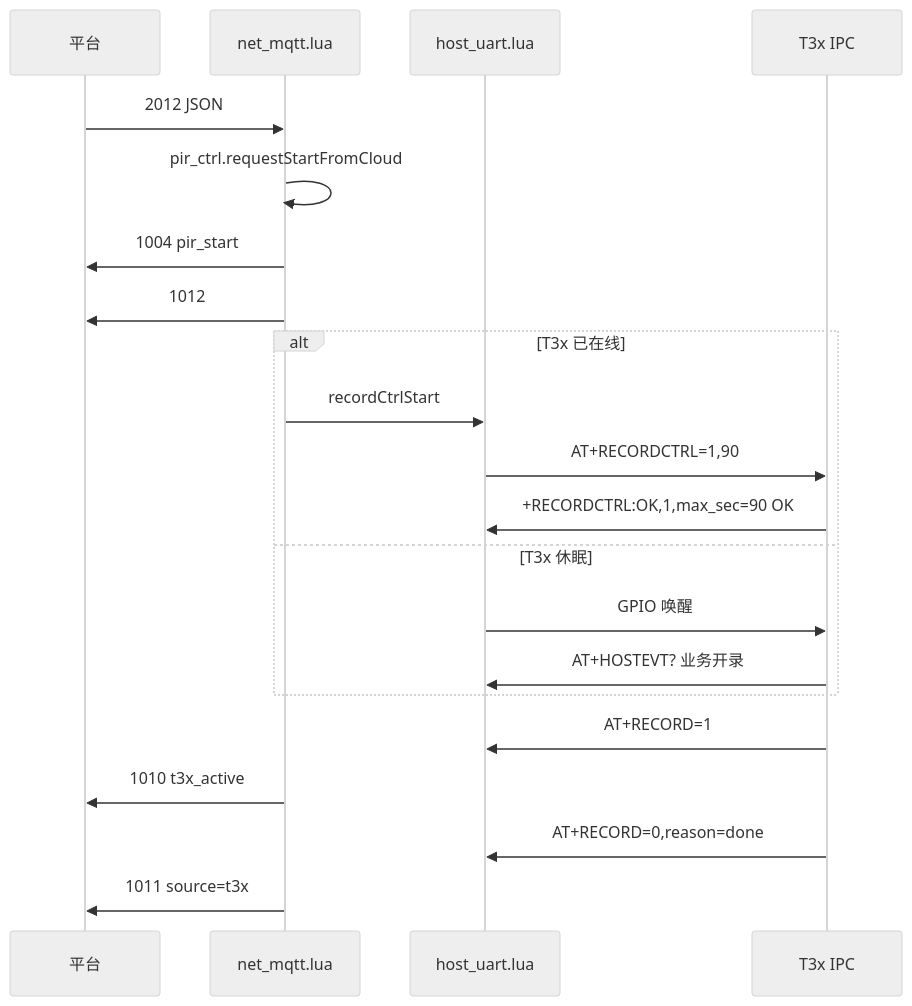
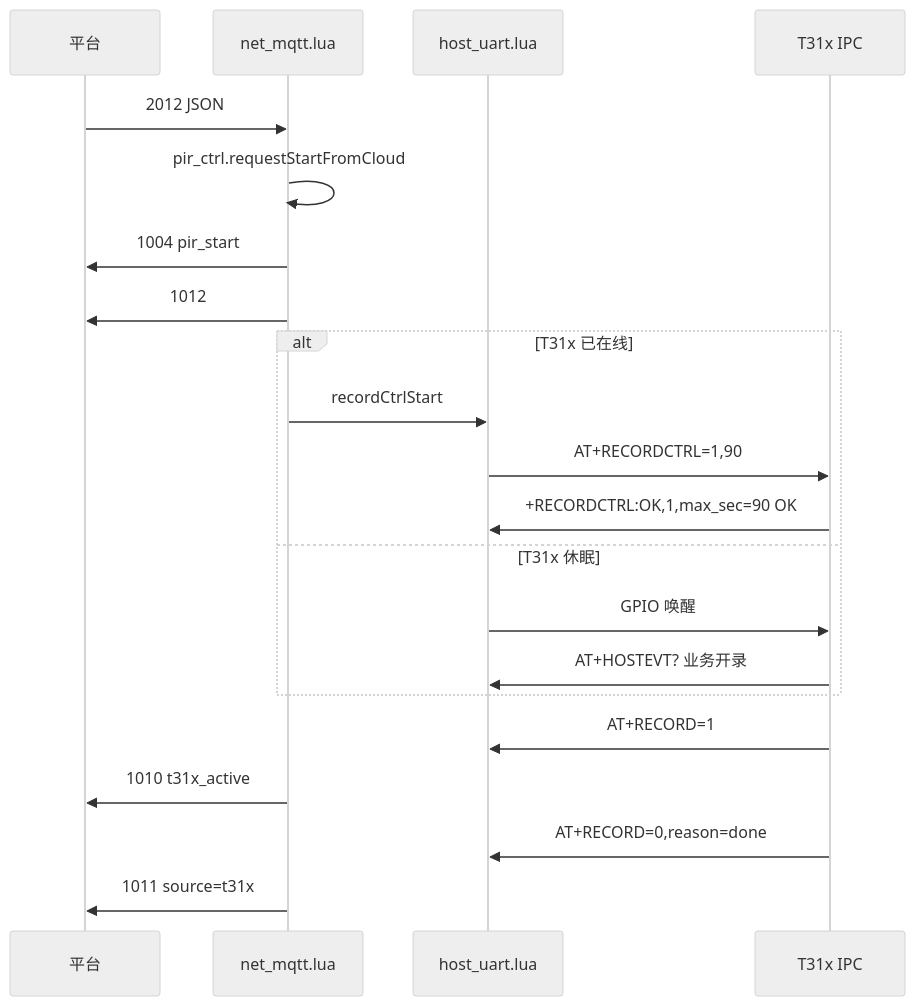
One commit to dzr1986/AIR780EHM changed the diagram in doc/MQTT_CLOUD_REMOTE_CTRL_FLOW.md. Above: the diagram before and after it, drawn with Mermaid (neutral theme). The commit also changed other lines of this file and 402 other files, not shown here.

````diff
--- a/doc/MQTT_CLOUD_REMOTE_CTRL_FLOW.md
+++ b/doc/MQTT_CLOUD_REMOTE_CTRL_FLOW.md
@@ -261,24 +261,24 @@
 ```mermaid
 sequenceDiagram
     participant P as 平台
     participant M as net_mqtt.lua
     participant H as host_uart.lua
-    participant T as T3x IPC
+    participant T as T31x IPC
 
     P->>M: 2012 JSON
     M->>M: pir_ctrl.requestStartFromCloud
     M->>P: 1004 pir_start
     M->>P: 1012
-    alt T3x 已在线
+    alt T31x 已在线
         M->>H: recordCtrlStart
         H->>T: AT+RECORDCTRL=1,90
         T->>H: +RECORDCTRL:OK,1,max_sec=90 OK
-    else T3x 休眠
+    else T31x 休眠
         H->>T: GPIO 唤醒
         T->>H: AT+HOSTEVT? 业务开录
     end
     T->>H: AT+RECORD=1
-    M->>P: 1010 t3x_active
+    M->>P: 1010 t31x_active
     T->>H: AT+RECORD=0,reason=done
-    M->>P: 1011 source=t3x
+    M->>P: 1011 source=t31x
 ```
````
